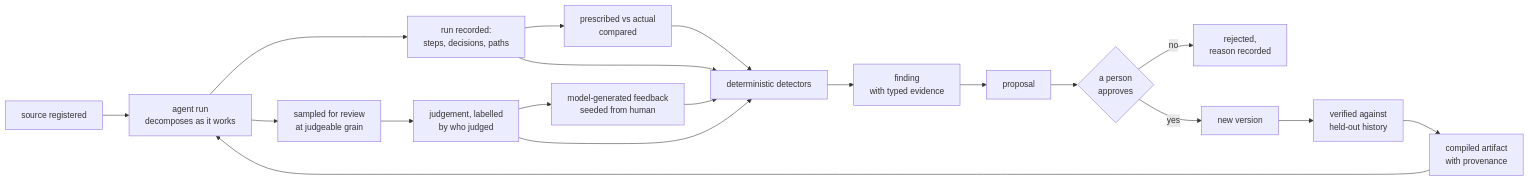
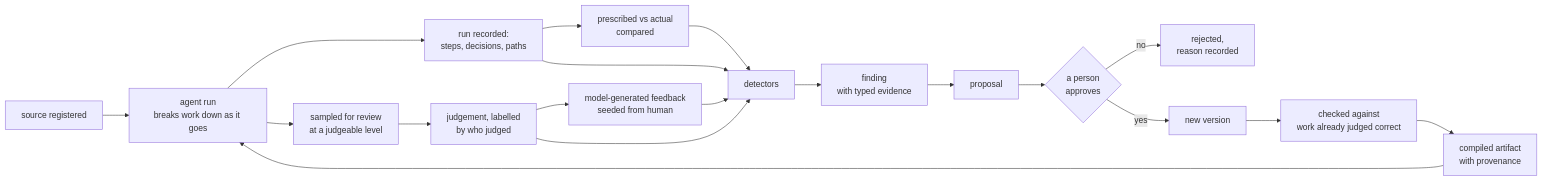
Before and after one commit to fblissjr/freudagent: the diagram in docs/data-flywheel.md, drawn with Mermaid. The commit also changed other lines of this file and 4 other files, not shown here.

````diff
--- a/docs/data-flywheel.md
+++ b/docs/data-flywheel.md
@@ -535,21 +354,21 @@
 ```mermaid
 flowchart LR
-  S["source registered"] --> A["agent run<br/>decomposes as it works"]
+  S["source registered"] --> A["agent run<br/>breaks work down as it goes"]
   A --> B["run recorded:<br/>steps, decisions, paths"]
-  A --> H["sampled for review<br/>at judgeable grain"]
+  A --> H["sampled for review<br/>at a judgeable level"]
   H --> C["judgement, labelled<br/>by who judged"]
   C --> M["model-generated feedback<br/>seeded from human"]
   B --> P["prescribed vs actual<br/>compared"]
-  B --> D["deterministic detectors"]
+  B --> D["detectors"]
   C --> D
   M --> D
   P --> D
   D --> E["finding<br/>with typed evidence"]
   E --> F["proposal"]
   F --> G{"a person<br/>approves"}
   G -->|"no"| X["rejected,<br/>reason recorded"]
   G -->|"yes"| I["new version"]
-  I --> V["verified against<br/>held-out history"]
+  I --> V["checked against<br/>work already judged correct"]
   V --> J["compiled artifact<br/>with provenance"]
   J --> A
 ```
````
